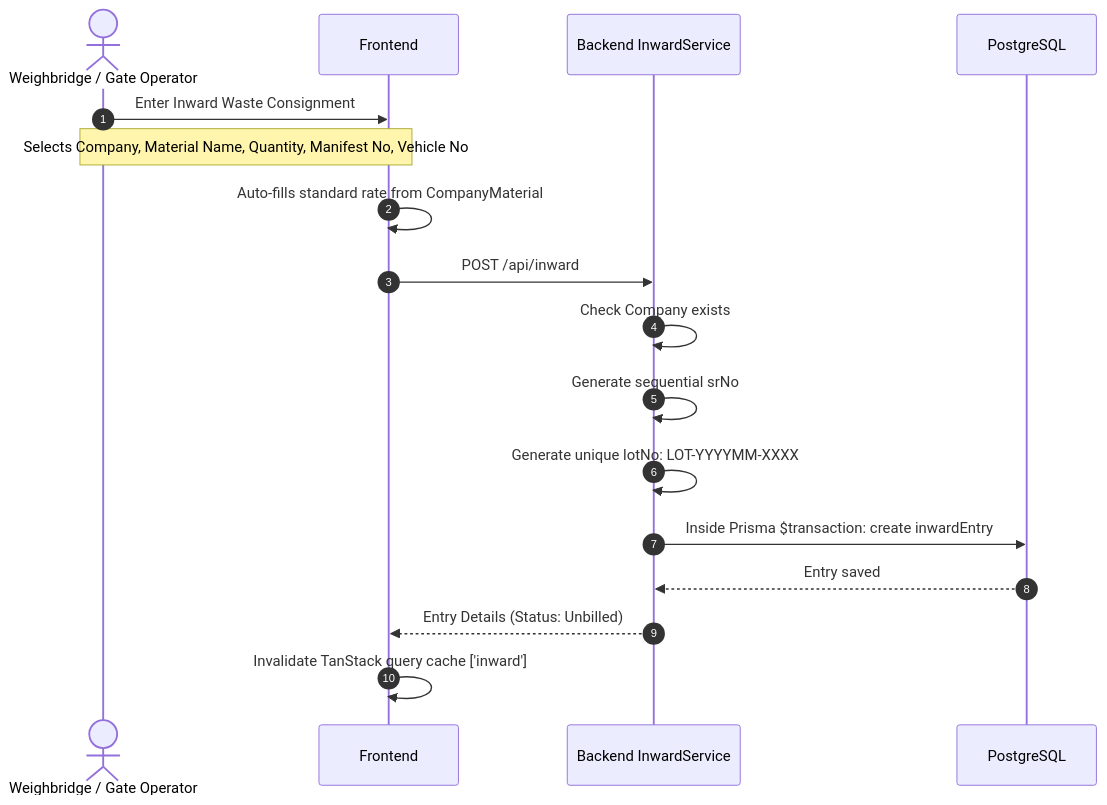
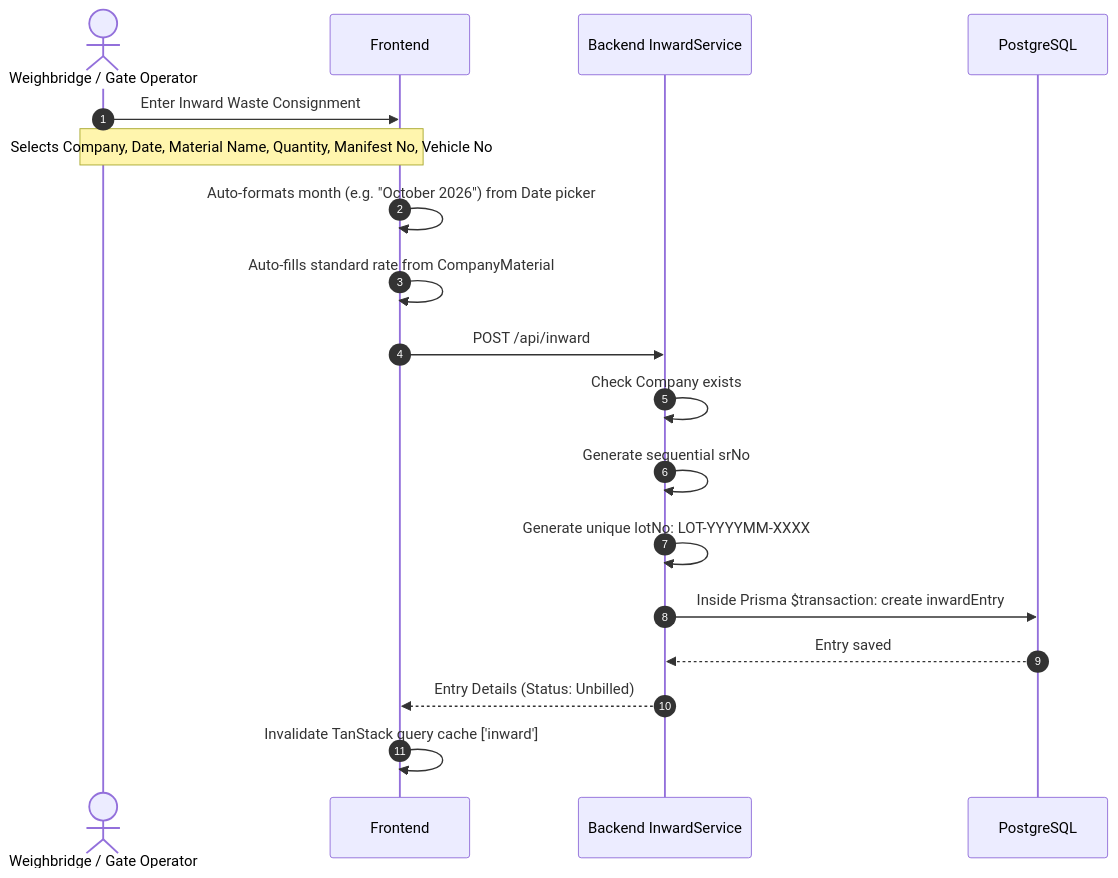
One commit to tarunatech/GHMC changed the fourth of 7 diagrams in PROJECT_DOCUMENTATION.md. Above: the diagram before and after it, drawn with Mermaid. The commit also changed other lines of this file, not shown here.

````diff
--- a/PROJECT_DOCUMENTATION.md
+++ b/PROJECT_DOCUMENTATION.md
@@ -241,20 +259,21 @@
 ```mermaid
 sequenceDiagram
     autonumber
     actor Gate as Weighbridge / Gate Operator
     participant Frontend
     participant InwardService as Backend InwardService
     participant DB as PostgreSQL
 
     Gate->>Frontend: Enter Inward Waste Consignment
-    Note over Gate,Frontend: Selects Company, Material Name, Quantity, Manifest No, Vehicle No
+    Note over Gate,Frontend: Selects Company, Date, Material Name, Quantity, Manifest No, Vehicle No
+    Frontend->>Frontend: Auto-formats month (e.g. "October 2026") from Date picker
     Frontend->>Frontend: Auto-fills standard rate from CompanyMaterial
     Frontend->>InwardService: POST /api/inward
     InwardService->>InwardService: Check Company exists
     InwardService->>InwardService: Generate sequential srNo
     InwardService->>InwardService: Generate unique lotNo: LOT-YYYYMM-XXXX
     InwardService->>DB: Inside Prisma $transaction: create inwardEntry
     DB-->>InwardService: Entry saved
     InwardService-->>Frontend: Entry Details (Status: Unbilled)
     Frontend->>Frontend: Invalidate TanStack query cache ['inward']
 ```
````
